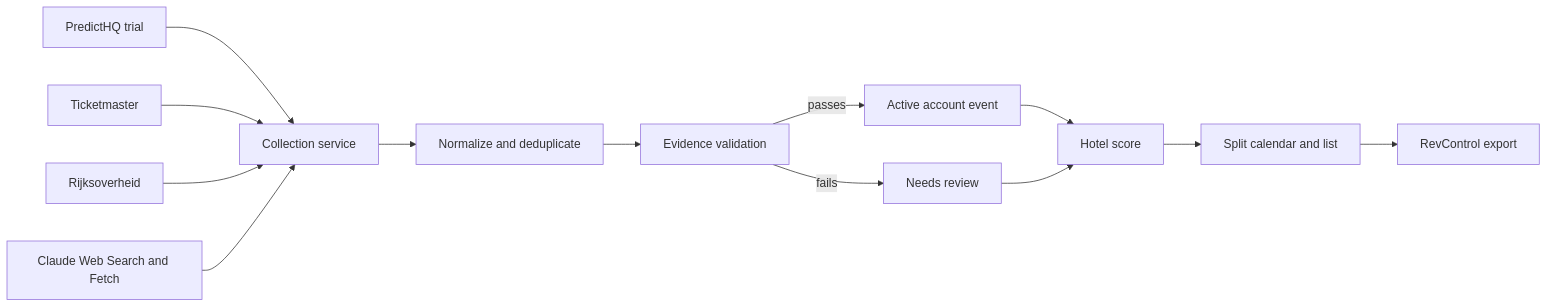
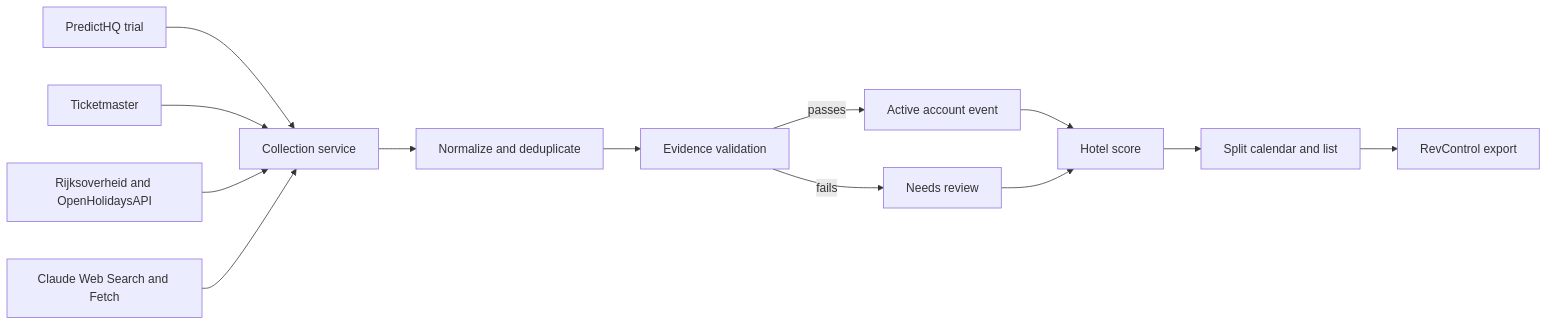
One commit to Kaya-vv/hotelrevpar-high-demand-tool changed the diagram in docs/superpowers/specs/2026-08-27-hotelrevpar-high-demand-tool-design.md. Above: the diagram before and after it, drawn with Mermaid. The commit also changed other lines of this file and 1 other file, not shown here.

````diff
--- a/docs/superpowers/specs/2026-08-27-hotelrevpar-high-demand-tool-design.md
+++ b/docs/superpowers/specs/2026-08-27-hotelrevpar-high-demand-tool-design.md
@@ -138,15 +137,15 @@
 ```mermaid
 flowchart LR
     A[PredictHQ trial] --> E[Collection service]
     B[Ticketmaster] --> E
-    C[Rijksoverheid] --> E
+    C[Rijksoverheid and OpenHolidaysAPI] --> E
     D[Claude Web Search and Fetch] --> E
     E --> F[Normalize and deduplicate]
     F --> G[Evidence validation]
     G -->|passes| H[Active account event]
     G -->|fails| I[Needs review]
     H --> J[Hotel score]
     I --> J
     J --> K[Split calendar and list]
     K --> L[RevControl export]
 ```
````
